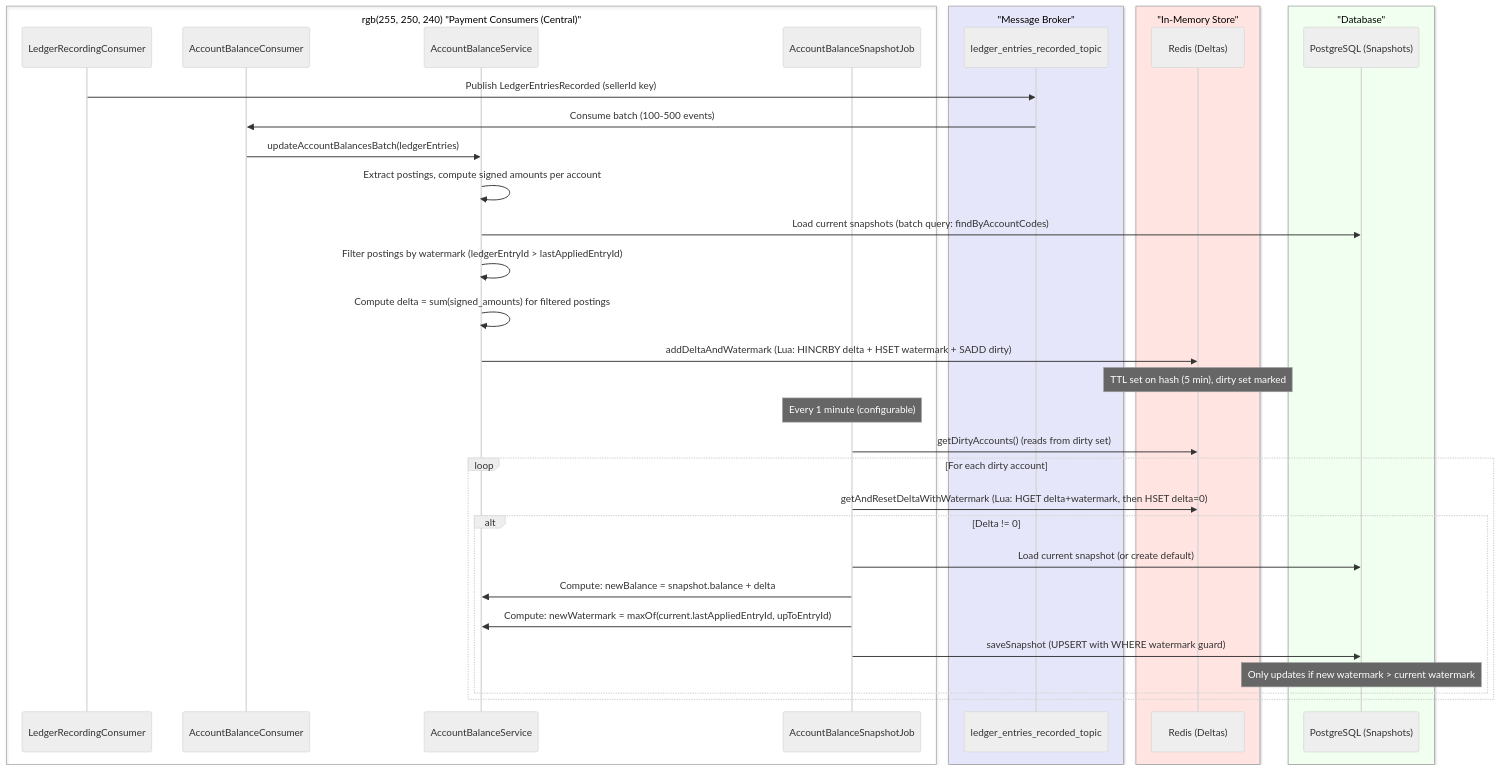
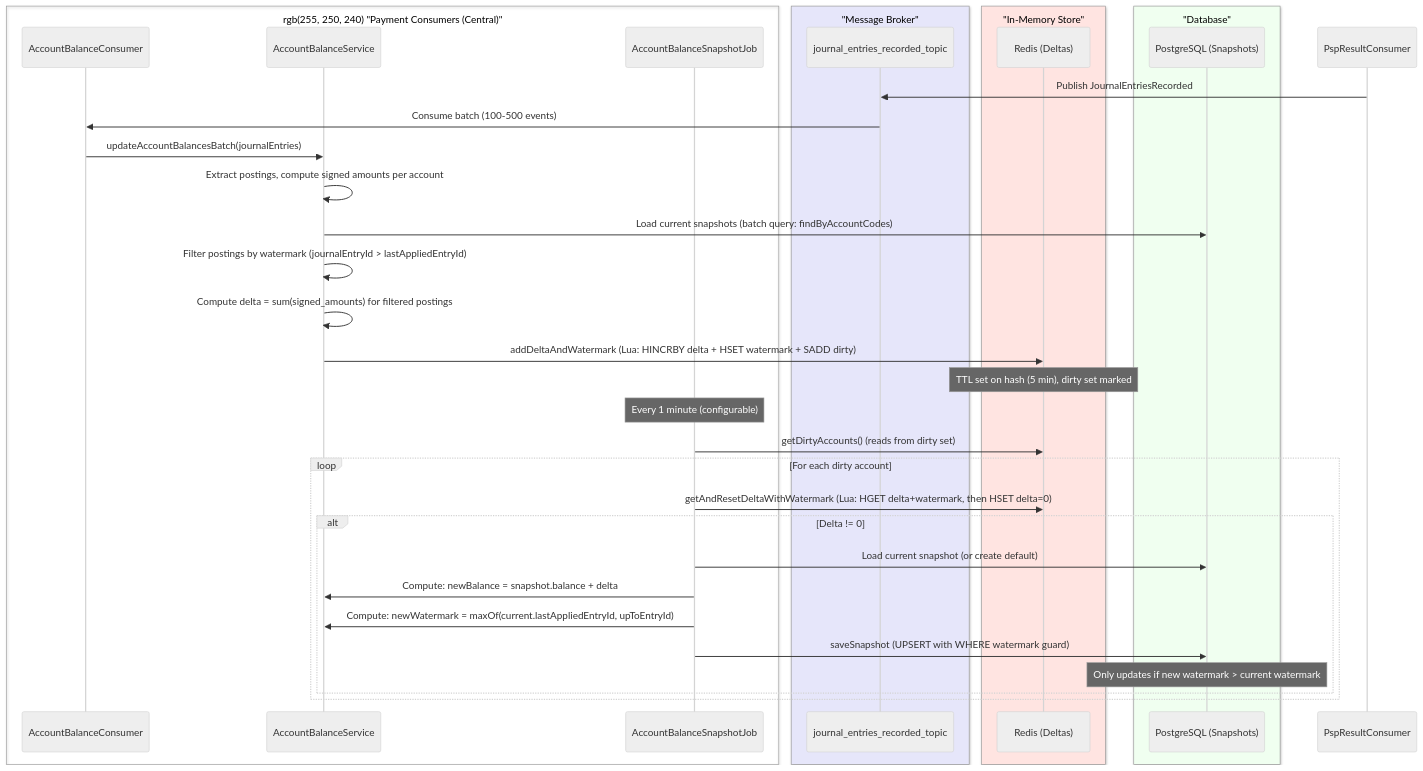
Before and after one commit to dcaglar/ecommerce-platform-kotlin: the fifth of 5 diagrams in docs/architecture/architecture.md, drawn with Mermaid (neutral theme). The commit also changed other lines of this file, not shown here.

````diff
--- a/docs/architecture/architecture.md
+++ b/docs/architecture/architecture.md
@@ -629,44 +631,43 @@
 ```mermaid
 sequenceDiagram
     box rgb(255, 250, 240) "Payment Consumers (Central)"
-        participant Ledger as LedgerRecordingConsumer
         participant Consumer as AccountBalanceConsumer
         participant Service as AccountBalanceService
         participant Job as AccountBalanceSnapshotJob
     end
 
     box rgb(230, 230, 250) "Message Broker"
-        participant Kafka as ledger_entries_recorded_topic
+        participant Kafka as journal_entries_recorded_topic
     end
 
     box rgb(255, 228, 225) "In-Memory Store"
         participant Redis as Redis (Deltas)
     end
 
     box rgb(240, 255, 240) "Database"
         participant DB as PostgreSQL (Snapshots)
     end
 
-    Ledger->>Kafka: Publish LedgerEntriesRecorded (sellerId key)
+    PspResultConsumer->>Kafka: Publish JournalEntriesRecorded
     Kafka->>Consumer: Consume batch (100-500 events)
-    Consumer->>Service: updateAccountBalancesBatch(ledgerEntries)
+    Consumer->>Service: updateAccountBalancesBatch(journalEntries)
     Service->>Service: Extract postings, compute signed amounts per account
     Service->>DB: Load current snapshots (batch query: findByAccountCodes)
-    Service->>Service: Filter postings by watermark (ledgerEntryId > lastAppliedEntryId)
+    Service->>Service: Filter postings by watermark (journalEntryId > lastAppliedEntryId)
     Service->>Service: Compute delta = sum(signed_amounts) for filtered postings
     Service->>Redis: addDeltaAndWatermark (Lua: HINCRBY delta + HSET watermark + SADD dirty)
     Note over Redis: TTL set on hash (5 min), dirty set marked
     
     Note over Job: Every 1 minute (configurable)
     Job->>Redis: getDirtyAccounts() (reads from dirty set)
     loop For each dirty account
         Job->>Redis: getAndResetDeltaWithWatermark (Lua: HGET delta+watermark, then HSET delta=0)
         alt Delta != 0
             Job->>DB: Load current snapshot (or create default)
             Job->>Service: Compute: newBalance = snapshot.balance + delta
             Job->>Service: Compute: newWatermark = maxOf(current.lastAppliedEntryId, upToEntryId)
             Job->>DB: saveSnapshot (UPSERT with WHERE watermark guard)
             Note over DB: Only updates if new watermark > current watermark
         end
     end
 ```
````
